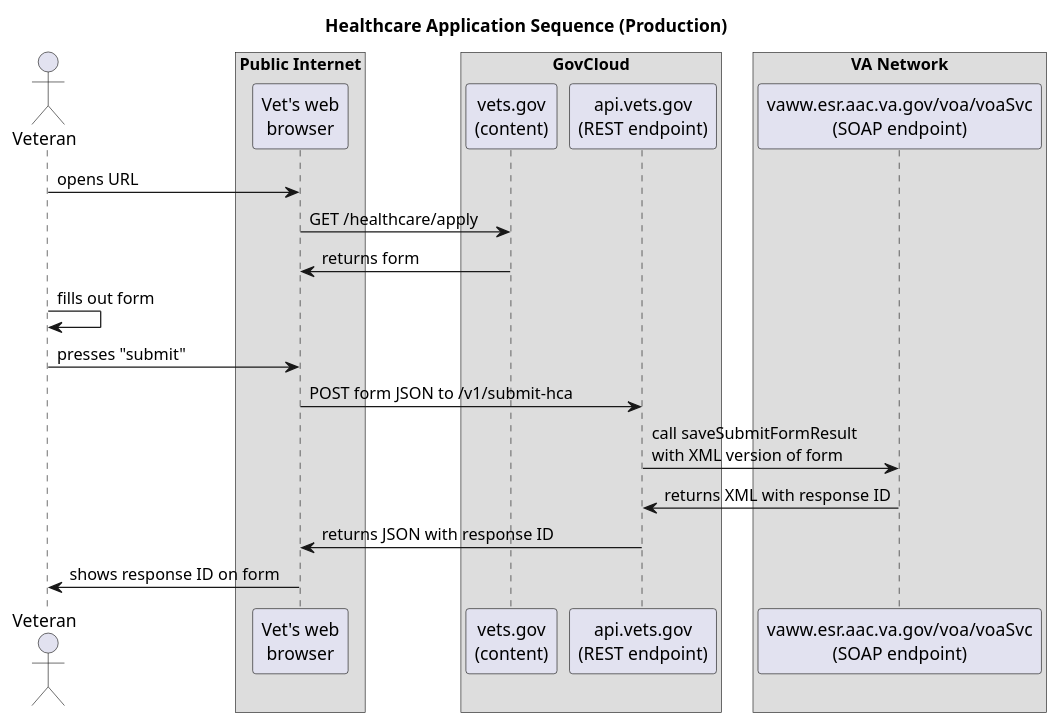
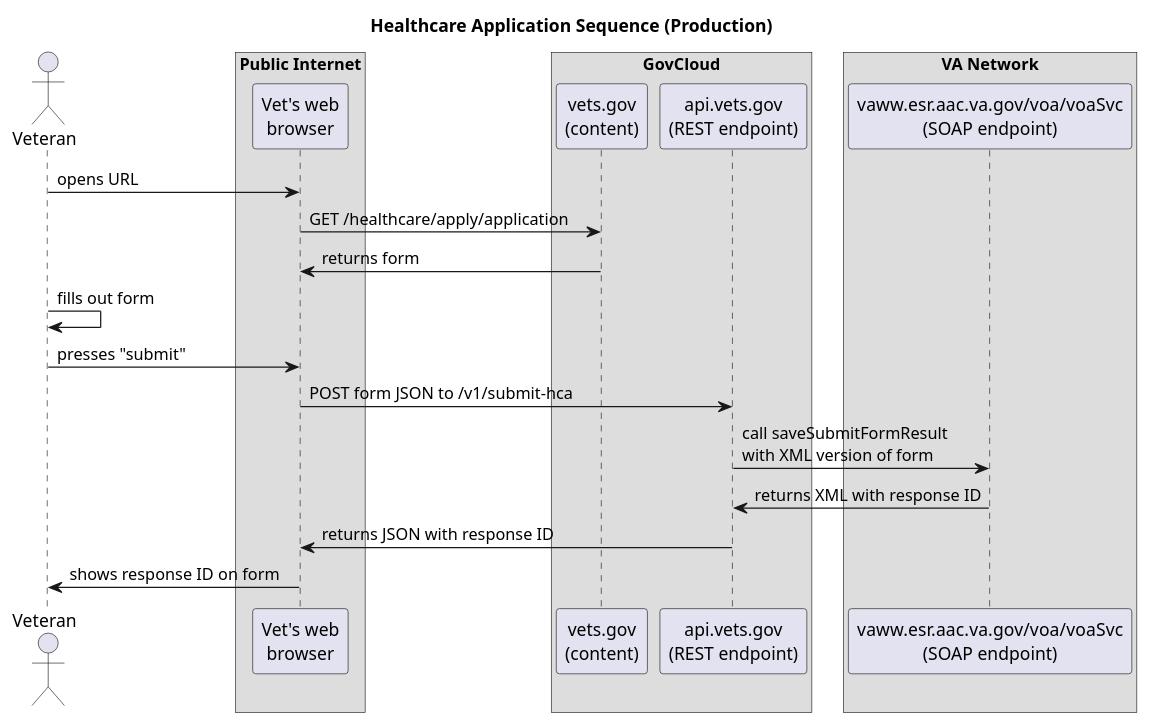
Before and after one commit to department-of-veterans-affairs/healthcare-application: the diagram in diagrams/hca-seq-01.puml, drawn with PlantUML. The commit also changed 4 other files, not shown here.

Commit message:
Change url from healthcare/apply/ to healthcare/apply/application so landing page can have first url

```diff
--- a/diagrams/hca-seq-01.puml
+++ b/diagrams/hca-seq-01.puml
@@ -1,28 +1,28 @@
 @startuml
 title Healthcare Application Sequence (Production)
 actor Veteran as vet
 
 box "Public Internet"
 participant "Vet's web\nbrowser" as browser
 end box
 
 box "GovCloud"
 participant "vets.gov\n(content)" as vetsgov
 participant "api.vets.gov\n(REST endpoint)" as vetrest
 end box
 
 box "VA Network"
 participant "vaww.esr.aac.va.gov/voa/voaSvc\n(SOAP endpoint)" as vetsoap
 end box
 
 vet -> browser : opens URL
-browser -> vetsgov : GET /healthcare/apply
+browser -> vetsgov : GET /healthcare/apply/application
 vetsgov -> browser : returns form
 vet -> vet : fills out form
 vet -> browser : presses "submit"
 browser -> vetrest : POST form JSON to /v1/submit-hca
 vetrest -> vetsoap : call saveSubmitFormResult\nwith XML version of form
 vetsoap -> vetrest : returns XML with response ID
 vetrest -> browser : returns JSON with response ID
 browser -> vet : shows response ID on form
 @enduml
```
